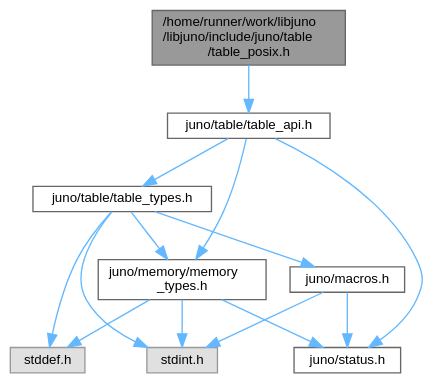
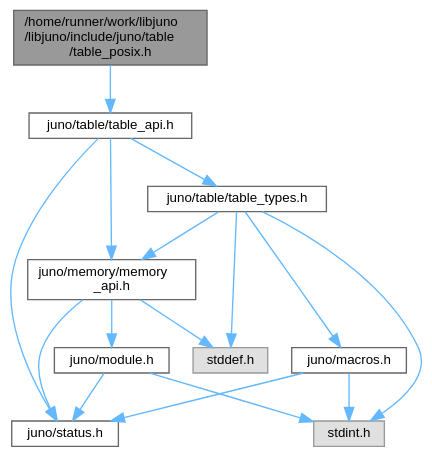
Before and after one commit to robinonsay/libjuno: the diagram in table__posix_8h__incl.dot, drawn with Graphviz. The commit also changed 208 other files, not shown here.

```diff
--- a/table__posix_8h__incl.dot
+++ b/table__posix_8h__incl.dot
@@ -1,28 +1,31 @@
 digraph "/home/runner/work/libjuno/libjuno/include/juno/table/table_posix.h"
 {
  // LATEX_PDF_SIZE
   bgcolor="transparent";
   edge [fontname=Helvetica,fontsize=10,labelfontname=Helvetica,labelfontsize=10];
   node [fontname=Helvetica,fontsize=10,shape=box,height=0.2,width=0.4];
   Node1 [id="Node000001",label="/home/runner/work/libjuno\l/libjuno/include/juno/table\l/table_posix.h",height=0.2,width=0.4,color="gray40", fillcolor="grey60", style="filled", fontcolor="black",tooltip=" "];
   Node1 -> Node2 [id="edge1_Node000001_Node000002",color="steelblue1",style="solid",tooltip=" "];
   Node2 [id="Node000002",label="juno/table/table_api.h",height=0.2,width=0.4,color="grey40", fillcolor="white", style="filled",URL="$table__api_8h.html",tooltip=" "];
   Node2 -> Node3 [id="edge2_Node000002_Node000003",color="steelblue1",style="solid",tooltip=" "];
-  Node3 [id="Node000003",label="juno/memory/memory\l_types.h",height=0.2,width=0.4,color="grey40", fillcolor="white", style="filled",URL="$memory__types_8h.html",tooltip=" "];
+  Node3 [id="Node000003",label="juno/memory/memory\l_api.h",height=0.2,width=0.4,color="grey40", fillcolor="white", style="filled",URL="$memory__api_8h.html",tooltip=" "];
   Node3 -> Node4 [id="edge3_Node000003_Node000004",color="steelblue1",style="solid",tooltip=" "];
-  Node4 [id="Node000004",label="stddef.h",height=0.2,width=0.4,color="grey60", fillcolor="#E0E0E0", style="filled",tooltip=" "];
+  Node4 [id="Node000004",label="juno/status.h",height=0.2,width=0.4,color="grey40", fillcolor="white", style="filled",URL="$status_8h.html",tooltip=" "];
   Node3 -> Node5 [id="edge4_Node000003_Node000005",color="steelblue1",style="solid",tooltip=" "];
-  Node5 [id="Node000005",label="stdint.h",height=0.2,width=0.4,color="grey60", fillcolor="#E0E0E0", style="filled",tooltip=" "];
-  Node3 -> Node6 [id="edge5_Node000003_Node000006",color="steelblue1",style="solid",tooltip=" "];
-  Node6 [id="Node000006",label="juno/status.h",height=0.2,width=0.4,color="grey40", fillcolor="white", style="filled",URL="$status_8h.html",tooltip=" "];
-  Node2 -> Node7 [id="edge6_Node000002_Node000007",color="steelblue1",style="solid",tooltip=" "];
-  Node7 [id="Node000007",label="juno/table/table_types.h",height=0.2,width=0.4,color="grey40", fillcolor="white", style="filled",URL="$table__types_8h.html",tooltip=" "];
-  Node7 -> Node8 [id="edge7_Node000007_Node000008",color="steelblue1",style="solid",tooltip=" "];
-  Node8 [id="Node000008",label="juno/macros.h",height=0.2,width=0.4,color="grey40", fillcolor="white", style="filled",URL="$macros_8h.html",tooltip=" "];
-  Node8 -> Node6 [id="edge8_Node000008_Node000006",color="steelblue1",style="solid",tooltip=" "];
-  Node8 -> Node5 [id="edge9_Node000008_Node000005",color="steelblue1",style="solid",tooltip=" "];
-  Node7 -> Node3 [id="edge10_Node000007_Node000003",color="steelblue1",style="solid",tooltip=" "];
-  Node7 -> Node5 [id="edge11_Node000007_Node000005",color="steelblue1",style="solid",tooltip=" "];
-  Node7 -> Node4 [id="edge12_Node000007_Node000004",color="steelblue1",style="solid",tooltip=" "];
-  Node2 -> Node6 [id="edge13_Node000002_Node000006",color="steelblue1",style="solid",tooltip=" "];
+  Node5 [id="Node000005",label="juno/module.h",height=0.2,width=0.4,color="grey40", fillcolor="white", style="filled",URL="$module_8h.html",tooltip=" "];
+  Node5 -> Node4 [id="edge5_Node000005_Node000004",color="steelblue1",style="solid",tooltip=" "];
+  Node5 -> Node6 [id="edge6_Node000005_Node000006",color="steelblue1",style="solid",tooltip=" "];
+  Node6 [id="Node000006",label="stdint.h",height=0.2,width=0.4,color="grey60", fillcolor="#E0E0E0", style="filled",tooltip=" "];
+  Node3 -> Node7 [id="edge7_Node000003_Node000007",color="steelblue1",style="solid",tooltip=" "];
+  Node7 [id="Node000007",label="stddef.h",height=0.2,width=0.4,color="grey60", fillcolor="#E0E0E0", style="filled",tooltip=" "];
+  Node2 -> Node8 [id="edge8_Node000002_Node000008",color="steelblue1",style="solid",tooltip=" "];
+  Node8 [id="Node000008",label="juno/table/table_types.h",height=0.2,width=0.4,color="grey40", fillcolor="white", style="filled",URL="$table__types_8h.html",tooltip=" "];
+  Node8 -> Node9 [id="edge9_Node000008_Node000009",color="steelblue1",style="solid",tooltip=" "];
+  Node9 [id="Node000009",label="juno/macros.h",height=0.2,width=0.4,color="grey40", fillcolor="white", style="filled",URL="$macros_8h.html",tooltip=" "];
+  Node9 -> Node4 [id="edge10_Node000009_Node000004",color="steelblue1",style="solid",tooltip=" "];
+  Node9 -> Node6 [id="edge11_Node000009_Node000006",color="steelblue1",style="solid",tooltip=" "];
+  Node8 -> Node3 [id="edge12_Node000008_Node000003",color="steelblue1",style="solid",tooltip=" "];
+  Node8 -> Node6 [id="edge13_Node000008_Node000006",color="steelblue1",style="solid",tooltip=" "];
+  Node8 -> Node7 [id="edge14_Node000008_Node000007",color="steelblue1",style="solid",tooltip=" "];
+  Node2 -> Node4 [id="edge15_Node000002_Node000004",color="steelblue1",style="solid",tooltip=" "];
 }
```
